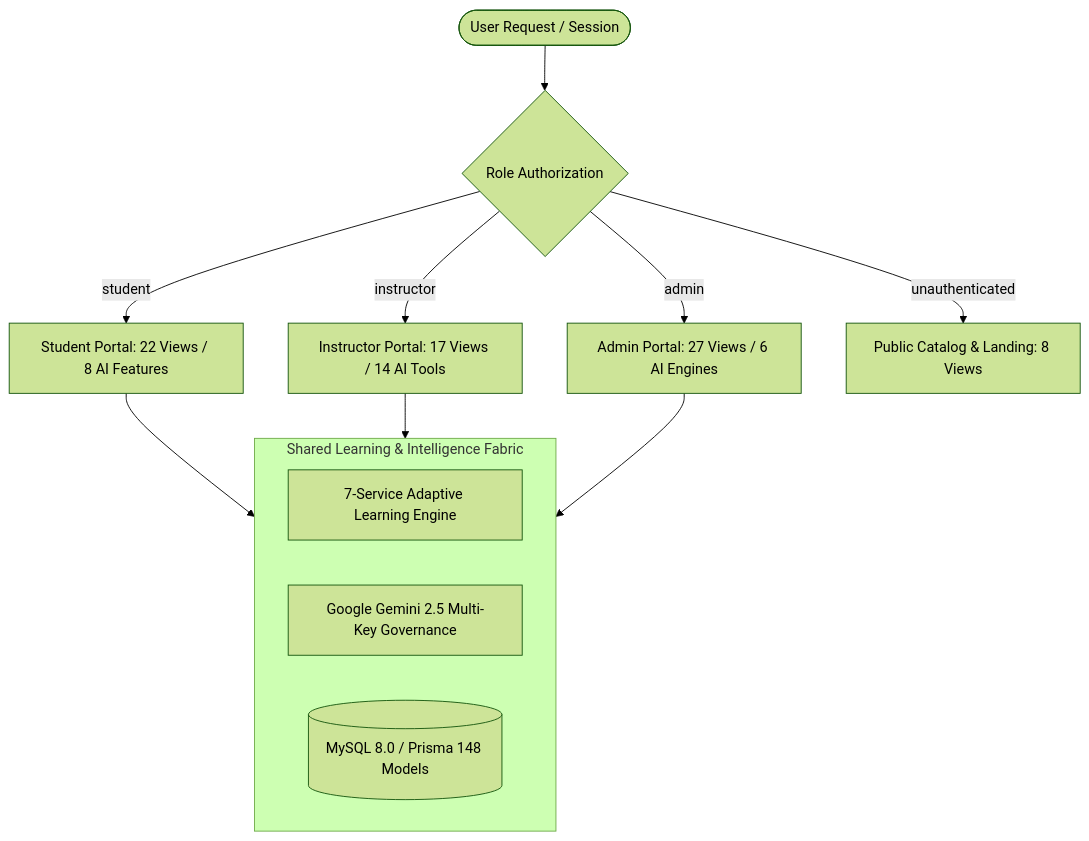
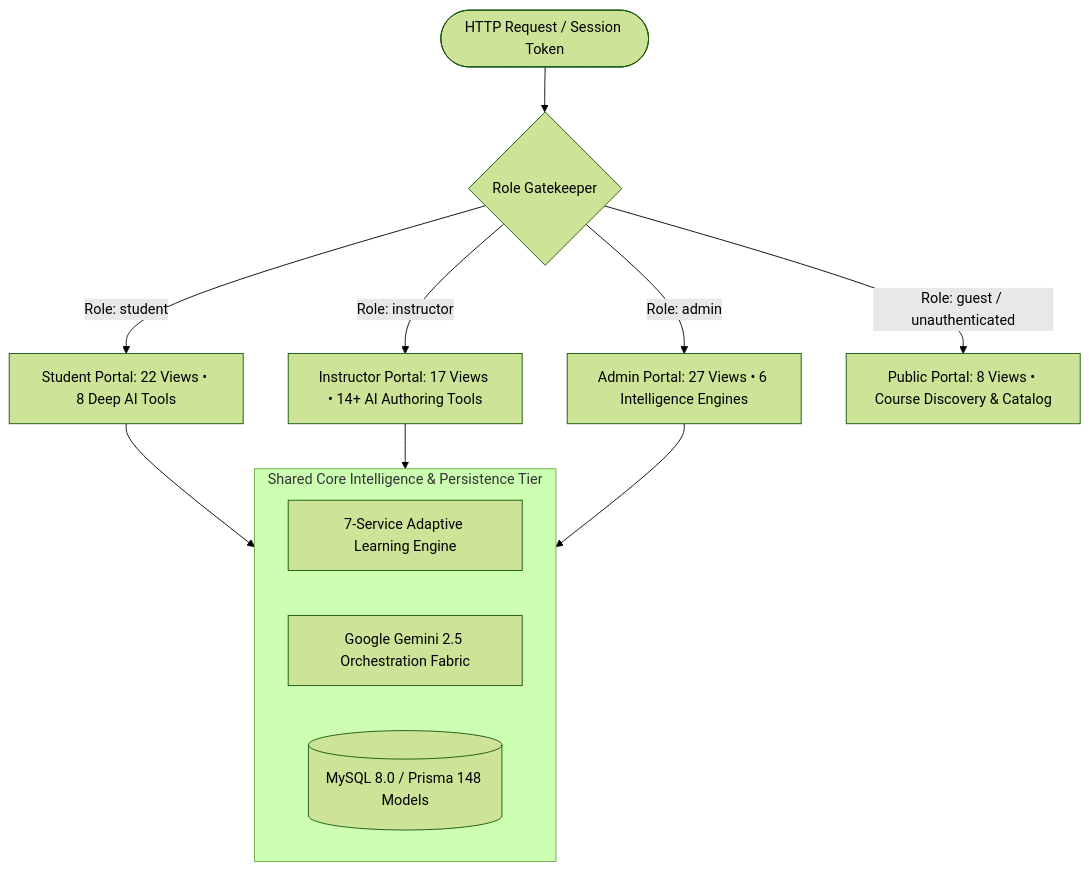
The diagram in README.md (Yaldram81/ShijlAI-Academy), drawn with Mermaid (forest theme) before and after one commit. The commit also changed other lines of this file, not shown here.

````diff
--- a/README.md
+++ b/README.md
@@ -62,19 +88,19 @@
 ```mermaid
 graph TD
-    User([User Request / Session]) --> AuthGateway{Role Authorization}
+    UserRequest([HTTP Request / Session Token]) --> EdgeGateway{Role Gatekeeper}
     
-    AuthGateway -->|student| StudentPortal[Student Portal: 22 Views / 8 AI Features]
-    AuthGateway -->|instructor| InstructorPortal[Instructor Portal: 17 Views / 14 AI Tools]
-    AuthGateway -->|admin| AdminPortal[Admin Portal: 27 Views / 6 AI Engines]
-    AuthGateway -->|unauthenticated| PublicPortal[Public Catalog & Landing: 8 Views]
+    EdgeGateway -->|Role: student| StudentTier[Student Portal: 22 Views • 8 Deep AI Tools]
+    EdgeGateway -->|Role: instructor| InstructorTier[Instructor Portal: 17 Views • 14+ AI Authoring Tools]
+    EdgeGateway -->|Role: admin| AdminTier[Admin Portal: 27 Views • 6 Intelligence Engines]
+    EdgeGateway -->|Role: guest / unauthenticated| PublicTier[Public Portal: 8 Views • Course Discovery & Catalog]
 
-    subgraph CoreEngine [Shared Learning & Intelligence Fabric]
+    subgraph CoreEngine [Shared Core Intelligence & Persistence Tier]
         ALE[7-Service Adaptive Learning Engine]
-        LLM[Google Gemini 2.5 Multi-Key Governance]
+        LLM[Google Gemini 2.5 Orchestration Fabric]
         DB[(MySQL 8.0 / Prisma 148 Models)]
     end
 
-    StudentPortal --> CoreEngine
-    InstructorPortal --> CoreEngine
-    AdminPortal --> CoreEngine
+    StudentTier --> CoreEngine
+    InstructorTier --> CoreEngine
+    AdminTier --> CoreEngine
 ```
````
